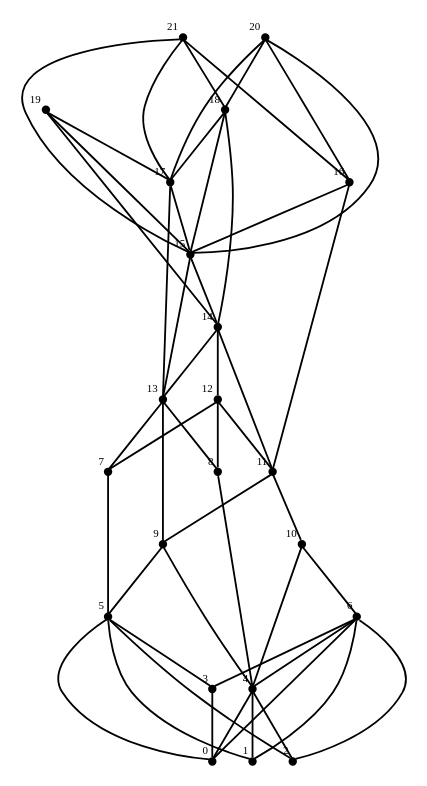
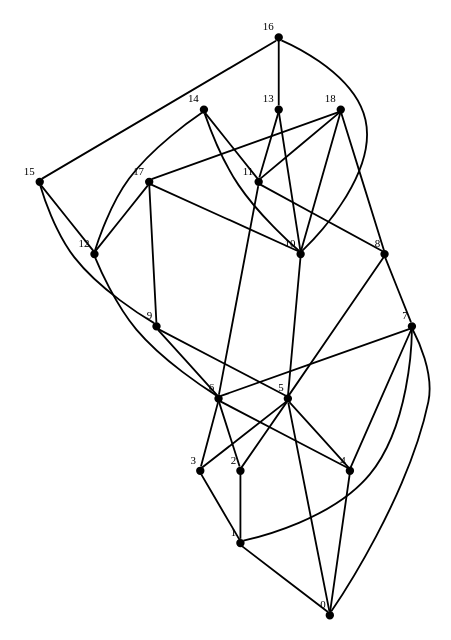
One commit to sksamal/igraph changed the diagram in examples/simple/aa.dot. Above: the diagram before and after it, drawn with Graphviz. The commit also changed 5 other files, not shown here.

```diff
--- a/examples/simple/aa.dot
+++ b/examples/simple/aa.dot
@@ -1,191 +1,163 @@
 /* Created by igraph 0.8.0-pre+0200568 */
 graph {
   graph [
     name="Graph G"
-    vertices=22
-    edges=50
+    vertices=19
+    edges=40
   ];
   0 [
-    pos="0.000000,0.000000!"
+    pos="0.000000,1.000000!"
     shape=point
     fontsize=6
     xlabel=0
   ];
   1 [
-    pos="0.000000,1.000000!"
+    pos="-0.100000,2.000000!"
     shape=point
     fontsize=6
     xlabel=1
   ];
   2 [
-    pos="0.000000,2.000000!"
+    pos="0.000000,3.000000!"
     shape=point
     fontsize=6
     xlabel=2
   ];
   3 [
-    pos="0.000000,3.000000!"
+    pos="-0.100000,4.000000!"
     shape=point
     fontsize=6
     xlabel=3
   ];
   4 [
-    pos="1.000000,1.000000!"
+    pos="0.000000,5.000000!"
     shape=point
     fontsize=6
     xlabel=4
   ];
   5 [
     pos="1.000000,2.000000!"
     shape=point
     fontsize=6
     xlabel=5
   ];
   6 [
-    pos="1.000000,3.000000!"
+    pos="0.900000,3.000000!"
     shape=point
     fontsize=6
     xlabel=6
   ];
   7 [
-    pos="2.000000,0.000000!"
+    pos="1.000000,4.000000!"
     shape=point
     fontsize=6
     xlabel=7
   ];
   8 [
     pos="2.000000,1.000000!"
     shape=point
     fontsize=6
     xlabel=8
   ];
   9 [
-    pos="2.000000,2.000000!"
+    pos="1.900000,2.000000!"
     shape=point
     fontsize=6
     xlabel=9
   ];
   10 [
     pos="2.000000,3.000000!"
     shape=point
     fontsize=6
     xlabel=10
   ];
   11 [
-    pos="3.000000,1.000000!"
+    pos="1.900000,4.000000!"
     shape=point
     fontsize=6
     xlabel=11
   ];
   12 [
-    pos="3.000000,2.000000!"
+    pos="2.000000,5.000000!"
     shape=point
     fontsize=6
     xlabel=12
   ];
   13 [
-    pos="3.000000,3.000000!"
+    pos="3.000000,0.000000!"
     shape=point
     fontsize=6
     xlabel=13
   ];
   14 [
-    pos="4.000000,0.000000!"
+    pos="2.900000,1.000000!"
     shape=point
     fontsize=6
     xlabel=14
   ];
   15 [
-    pos="4.000000,1.000000!"
+    pos="3.000000,2.000000!"
     shape=point
     fontsize=6
     xlabel=15
   ];
   16 [
-    pos="4.000000,2.000000!"
+    pos="2.900000,3.000000!"
     shape=point
     fontsize=6
     xlabel=16
   ];
   17 [
-    pos="4.000000,3.000000!"
+    pos="3.000000,4.000000!"
     shape=point
     fontsize=6
     xlabel=17
   ];
   18 [
-    pos="5.000000,0.000000!"
+    pos="2.900000,5.000000!"
     shape=point
     fontsize=6
     xlabel=18
   ];
-  19 [
-    pos="5.000000,1.000000!"
-    shape=point
-    fontsize=6
-    xlabel=19
-  ];
-  20 [
-    pos="5.000000,2.000000!"
-    shape=point
-    fontsize=6
-    xlabel=20
-  ];
-  21 [
-    pos="5.000000,3.000000!"
-    shape=point
-    fontsize=6
-    xlabel=21
-  ];
 
+  7 -- 0;
   5 -- 0;
-  6 -- 0;
-  4 -- 0;
-  4 -- 1;
-  6 -- 1;
-  5 -- 1;
+  1 -- 0;
+  7 -- 1;
+  3 -- 1;
+  5 -- 2;
   6 -- 2;
-  4 -- 2;
-  5 -- 2;
+  2 -- 1;
   6 -- 3;
   5 -- 3;
-  3 -- 0;
-  10 -- 4;
+  5 -- 4;
+  6 -- 4;
+  7 -- 4;
+  4 -- 0;
   9 -- 5;
-  10 -- 6;
-  6 -- 4;
-  12 -- 7;
-  7 -- 5;
-  13 -- 7;
-  12 -- 8;
-  8 -- 4;
-  13 -- 8;
-  11 -- 9;
-  9 -- 4;
-  13 -- 9;
-  11 -- 10;
+  11 -- 6;
+  7 -- 6;
+  8 -- 7;
+  18 -- 8;
+  8 -- 5;
+  17 -- 9;
+  9 -- 6;
+  16 -- 10;
+  10 -- 5;
+  18 -- 10;
+  18 -- 11;
+  11 -- 8;
+  17 -- 12;
+  12 -- 6;
+  14 -- 12;
+  13 -- 11;
+  13 -- 10;
+  16 -- 13;
+  14 -- 10;
   14 -- 11;
-  12 -- 11;
-  14 -- 12;
-  14 -- 13;
-  19 -- 14;
-  15 -- 14;
-  20 -- 15;
-  15 -- 13;
-  18 -- 15;
-  20 -- 16;
-  16 -- 11;
+  15 -- 9;
+  15 -- 12;
   16 -- 15;
+  17 -- 10;
   18 -- 17;
-  17 -- 13;
-  20 -- 17;
-  17 -- 15;
-  18 -- 14;
-  20 -- 18;
-  19 -- 17;
-  19 -- 15;
-  21 -- 16;
-  21 -- 17;
-  21 -- 15;
-  21 -- 18;
 }
```
